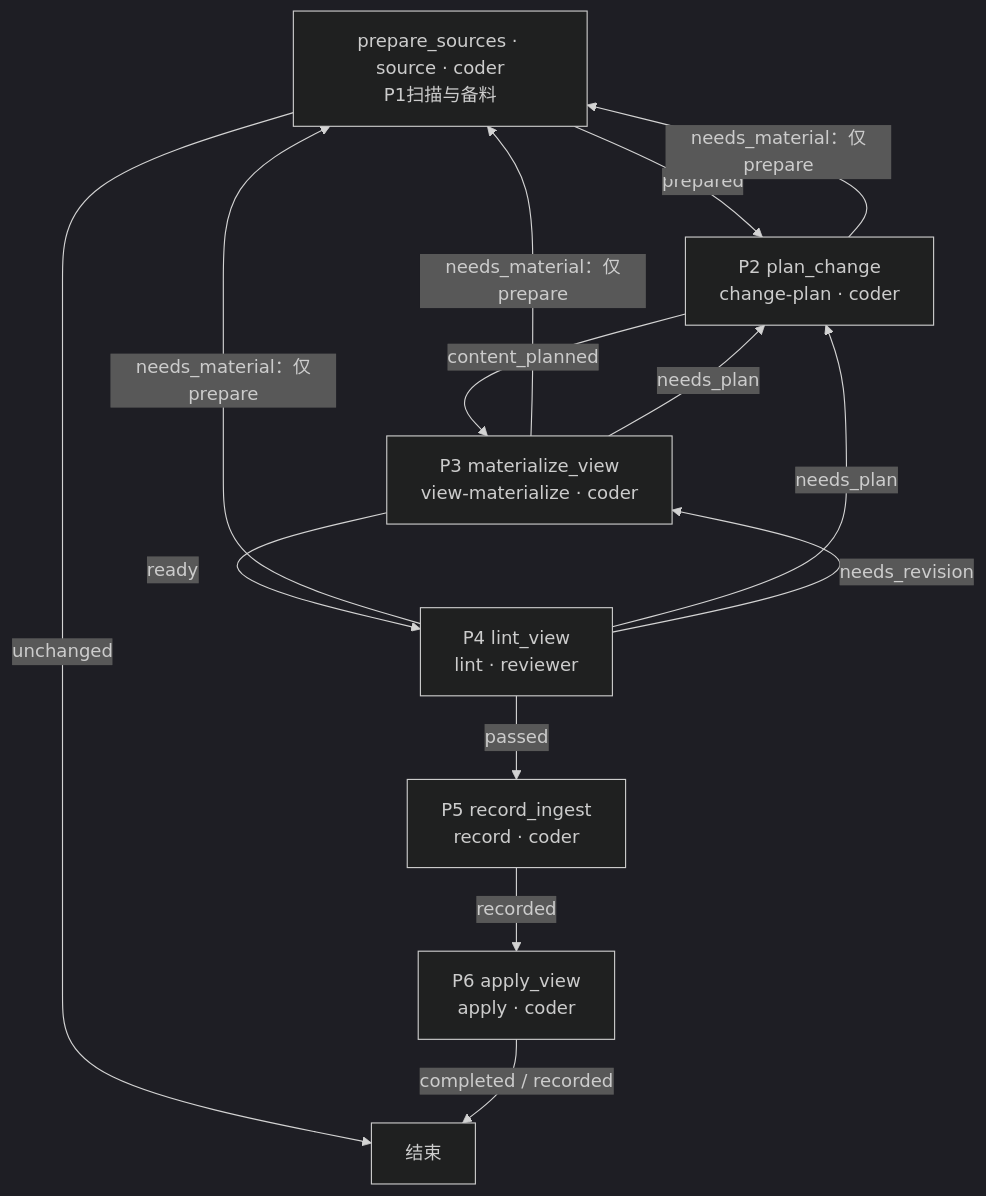
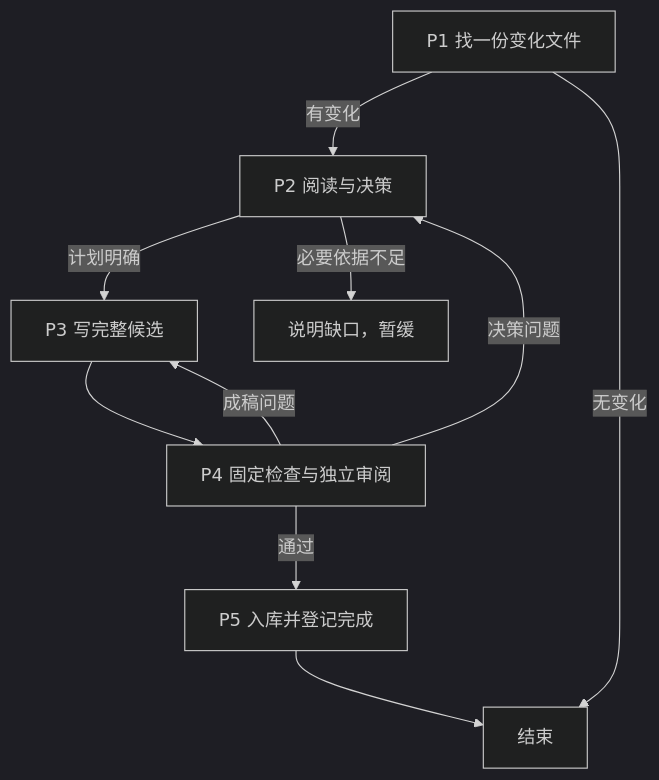
The first of 2 diagrams in himate/himate-knowledge-wifi-mp/docs-llm-wiki/知识库详细设计.md (Robin-hhc/FactumCore), drawn with Mermaid (dark theme) before and after one commit. The commit also changed other lines of this file and 411 other files, not shown here.

````diff
--- a/himate/himate-knowledge-wifi-mp/docs-llm-wiki/知识库详细设计.md
+++ b/himate/himate-knowledge-wifi-mp/docs-llm-wiki/知识库详细设计.md
@@ -143,16 +23,12 @@
 ```mermaid
 flowchart TD
-    SOURCE["prepare_sources · source · coder<br/>P1扫描与备料"] -->|prepared| P2["P2 plan_change<br/>change-plan · coder"]
-    SOURCE -->|unchanged| END["结束"]
-    P2 -->|content_planned| P3["P3 materialize_view<br/>view-materialize · coder"]
-    P2 -->|needs_material：仅prepare| SOURCE
-    P3 -->|ready| P4["P4 lint_view<br/>lint · reviewer"]
-    P3 -->|needs_material：仅prepare| SOURCE
-    P3 -->|needs_plan| P2
-    P4 -->|needs_material：仅prepare| SOURCE
-    P4 -->|needs_plan| P2
-    P4 -->|needs_revision| P3
-    P4 -->|passed| P5["P5 record_ingest<br/>record · coder"]
-    P5 -->|recorded| P6["P6 apply_view<br/>apply · coder"]
-    P6 -->|completed / recorded| END
+    P1["P1 找一份变化文件"] -->|有变化| P2["P2 阅读与决策"]
+    P1 -->|无变化| E["结束"]
+    P2 -->|计划明确| P3["P3 写完整候选"]
+    P2 -->|必要依据不足| D["说明缺口，暂缓"]
+    P3 --> P4["P4 固定检查与独立审阅"]
+    P4 -->|决策问题| P2
+    P4 -->|成稿问题| P3
+    P4 -->|通过| P5["P5 入库并登记完成"]
+    P5 --> E
 ```
````
